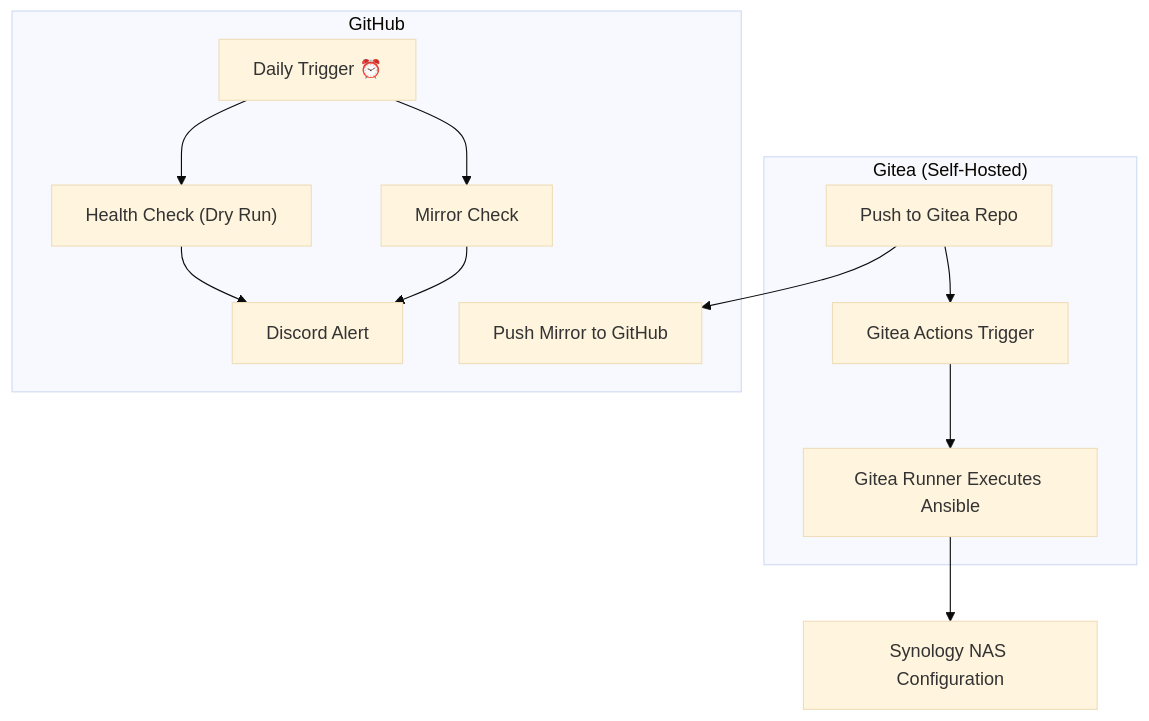
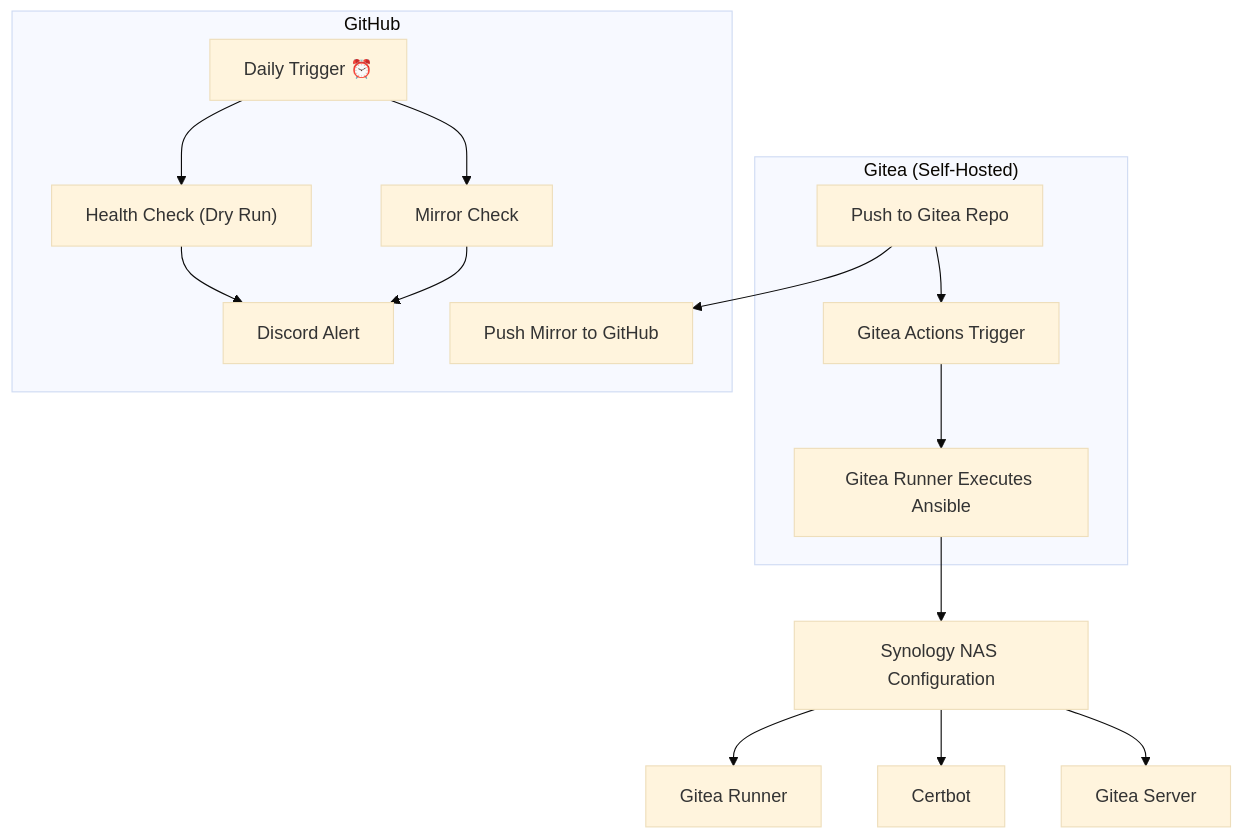
Before and after one commit to jaxzin/jaxzin-infra-bootstrap: the first of 2 diagrams in README.md, drawn with Mermaid (base theme). The commit also changed other lines of this file and 1 other file, not shown here.

````diff
--- a/README.md
+++ b/README.md
@@ -51,16 +51,19 @@
 ```mermaid
 flowchart TB
     subgraph Gitea_CI["Gitea (Self-Hosted)"]
         A[Push to Gitea Repo] --> B[Gitea Actions Trigger]
         B --> C[Gitea Runner Executes Ansible]
     end
     subgraph GitHub_CI["GitHub"]
         A --> E[Push Mirror to GitHub]
         T["Daily Trigger ⏰"]
         T --> F["Mirror Check"]
         F --> G["Discord Alert"]
         T --> H["Health Check (Dry Run)"]
         H --> G
     end
     C --> D[Synology NAS Configuration]
+    D --> D1[Gitea Server]
+    D --> D2[Certbot]
+    D --> D3[Gitea Runner]
 ```
````
